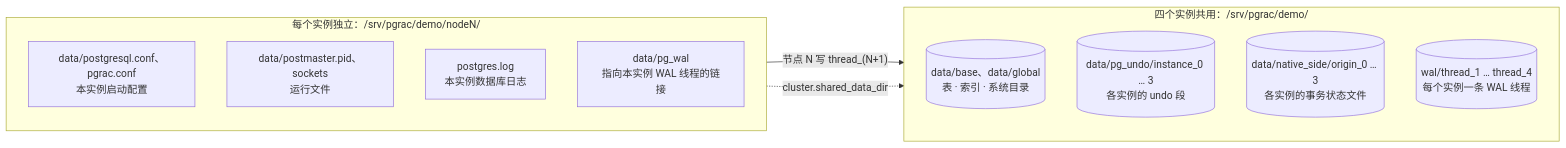
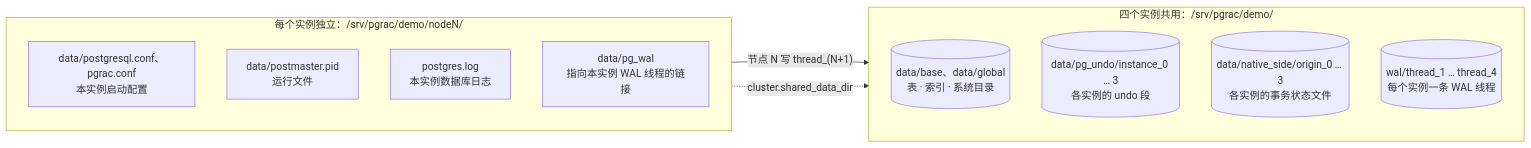
One commit to sqlrush/pgrac changed the second of 12 diagrams in docs/pre2/vm-test-guide.md. Above: the diagram before and after it, drawn with Mermaid. The commit also changed other lines of this file, not shown here.

````diff
--- a/docs/pre2/vm-test-guide.md
+++ b/docs/pre2/vm-test-guide.md
@@ -98,19 +98,19 @@
 ```mermaid
 flowchart LR
     subgraph LOCAL["每个实例独立：/srv/pgrac/demo/nodeN/"]
         direction TB
         CONF["data/postgresql.conf、pgrac.conf<br/>本实例启动配置"]
-        RUN["data/postmaster.pid、sockets<br/>运行文件"]
+        RUN["data/postmaster.pid<br/>运行文件"]
         LOG["postgres.log<br/>本实例数据库日志"]
         PGWAL["data/pg_wal<br/>指向本实例 WAL 线程的链接"]
     end
     subgraph SHARE["四个实例共用：/srv/pgrac/demo/"]
         direction TB
         DATA[("data/base、data/global<br/>表 · 索引 · 系统目录")]
         UNDO[("data/pg_undo/instance_0 … 3<br/>各实例的 undo 段")]
         XACT[("data/native_side/origin_0 … 3<br/>各实例的事务状态文件")]
         WAL[("wal/thread_1 … thread_4<br/>每个实例一条 WAL 线程")]
     end
     PGWAL -->|"节点 N 写 thread_(N+1)"| WAL
     CONF -.->|"cluster.shared_data_dir"| DATA
 ```
````
